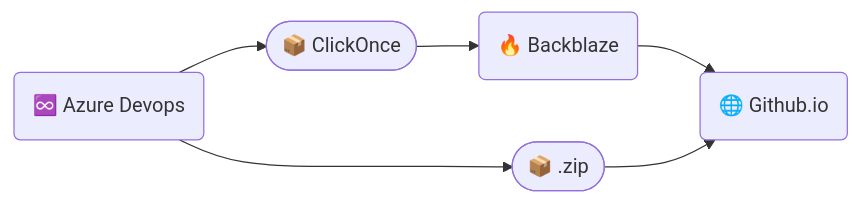
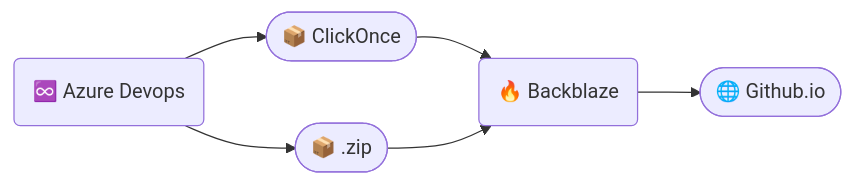
One commit to ardhagp/ingrid changed the second of 2 diagrams in README.md. Above: the diagram before and after it, drawn with Mermaid.

Commit message:
Fix formatting issues in README.md
updating publishing plan flow.
previous : azure devops -> .zip -> github.io
new : azure devops -> .zip -> backblaze -> github.io

````diff
--- a/README.md
+++ b/README.md
@@ -116,5 +116,5 @@
 ```mermaid
 flowchart LR
 id1(♾️ Azure Devops) --> id30([📦 ClickOnce]) --> id19(🔥 Backblaze) --> id20([🌐 Github.io])
-id1(♾️ Azure Devops) --> id31([📦 .zip]) --> id20(🌐 Github.io) 
+id1(♾️ Azure Devops) --> id31([📦 .zip]) --> id19(🔥 Backblaze) 
 ```
````
